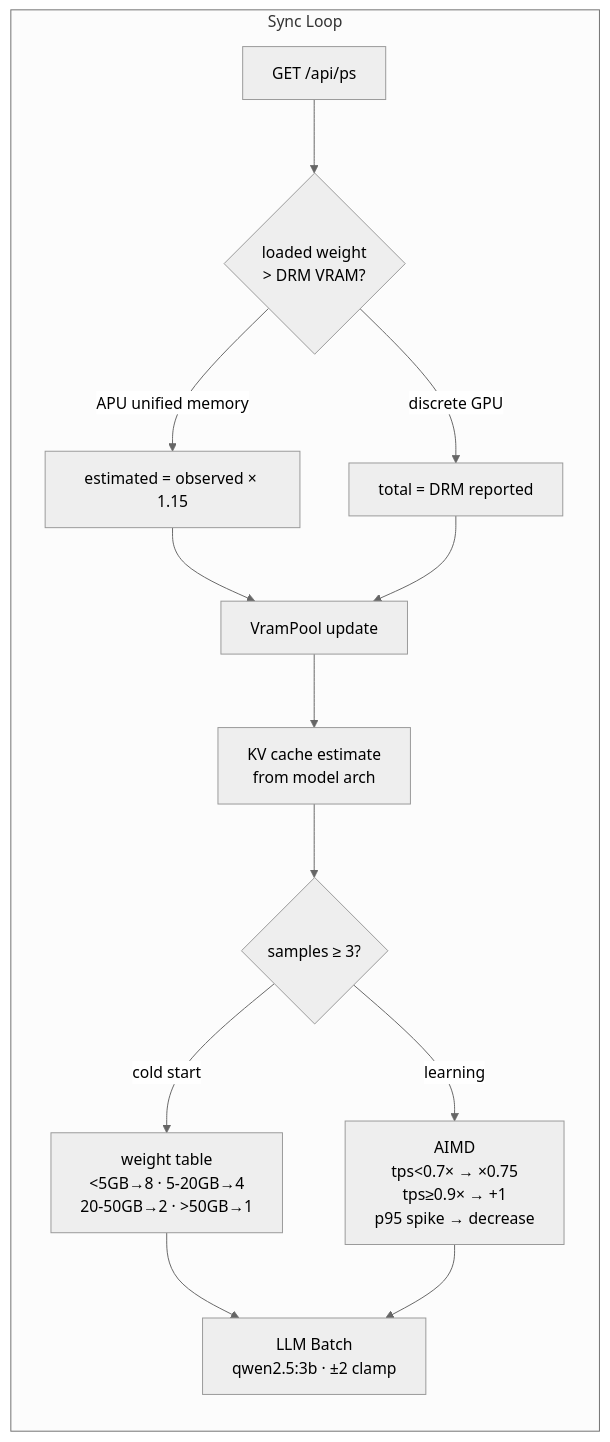
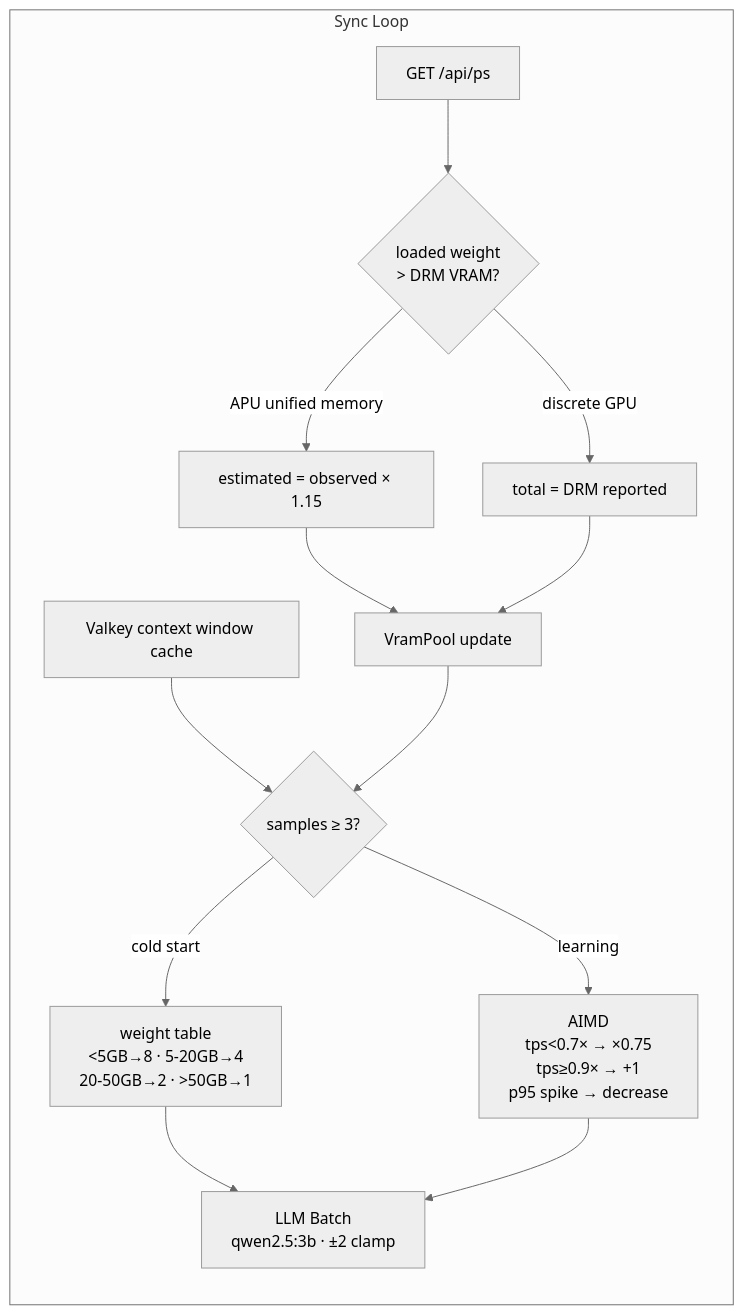
Before and after one commit to beegy-labs/veronex: the second of 2 diagrams in README.md, drawn with Mermaid (neutral theme). The commit also changed other lines of this file and 502 other files, not shown here.

````diff
--- a/README.md
+++ b/README.md
@@ -76,14 +81,14 @@
 ```mermaid
 flowchart LR
     subgraph SYNC["Sync Loop"]
         PS[GET /api/ps] --> VRAM{loaded weight\n> DRM VRAM?}
         VRAM -->|APU unified memory| EST[estimated = observed × 1.15]
         VRAM -->|discrete GPU| DRM[total = DRM reported]
         EST & DRM --> POOL[VramPool update]
-        POOL --> KV[KV cache estimate\nfrom model arch]
-        KV --> PHASE{samples ≥ 3?}
+        KV[Valkey context window cache] --> PHASE
+        POOL --> PHASE{samples ≥ 3?}
         PHASE -->|cold start| INIT[weight table\n<5GB→8 · 5-20GB→4\n20-50GB→2 · >50GB→1]
         PHASE -->|learning| AIMD[AIMD\ntps<0.7× → ×0.75\ntps≥0.9× → +1\np95 spike → decrease]
         INIT & AIMD --> LLM[LLM Batch\nqwen2.5:3b · ±2 clamp]
     end
 ```
````
